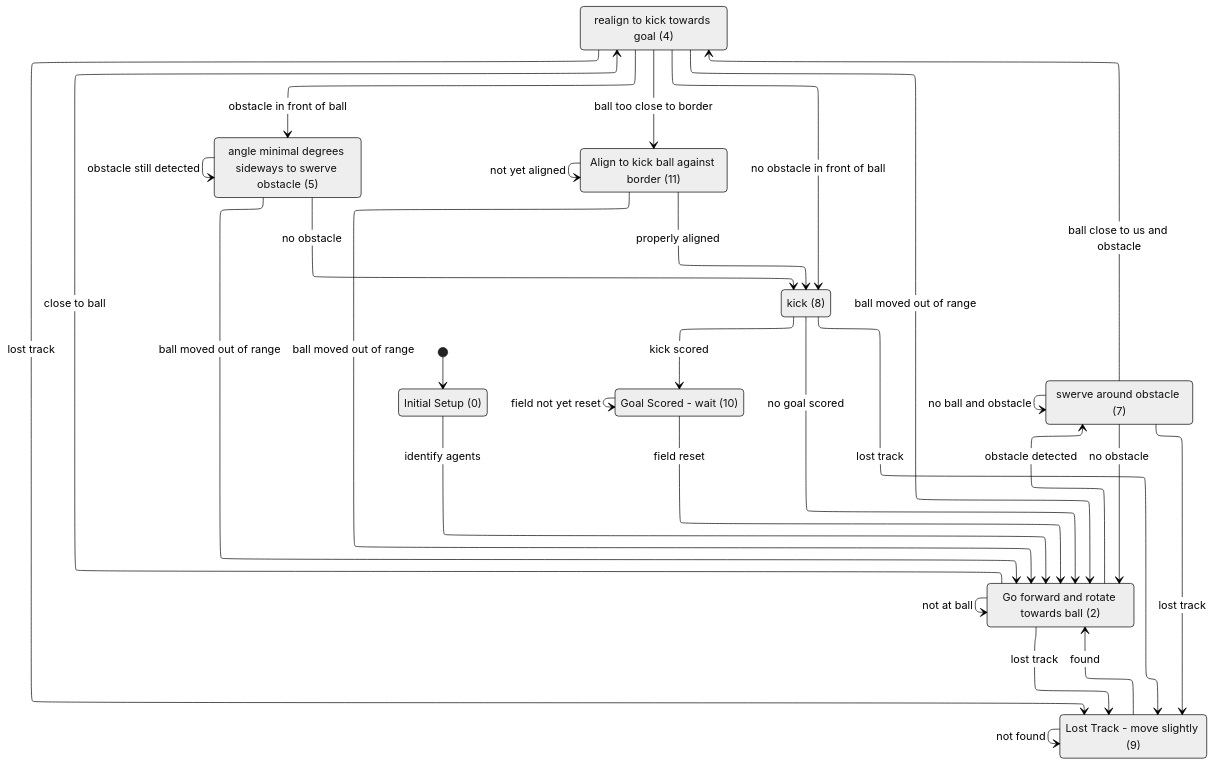
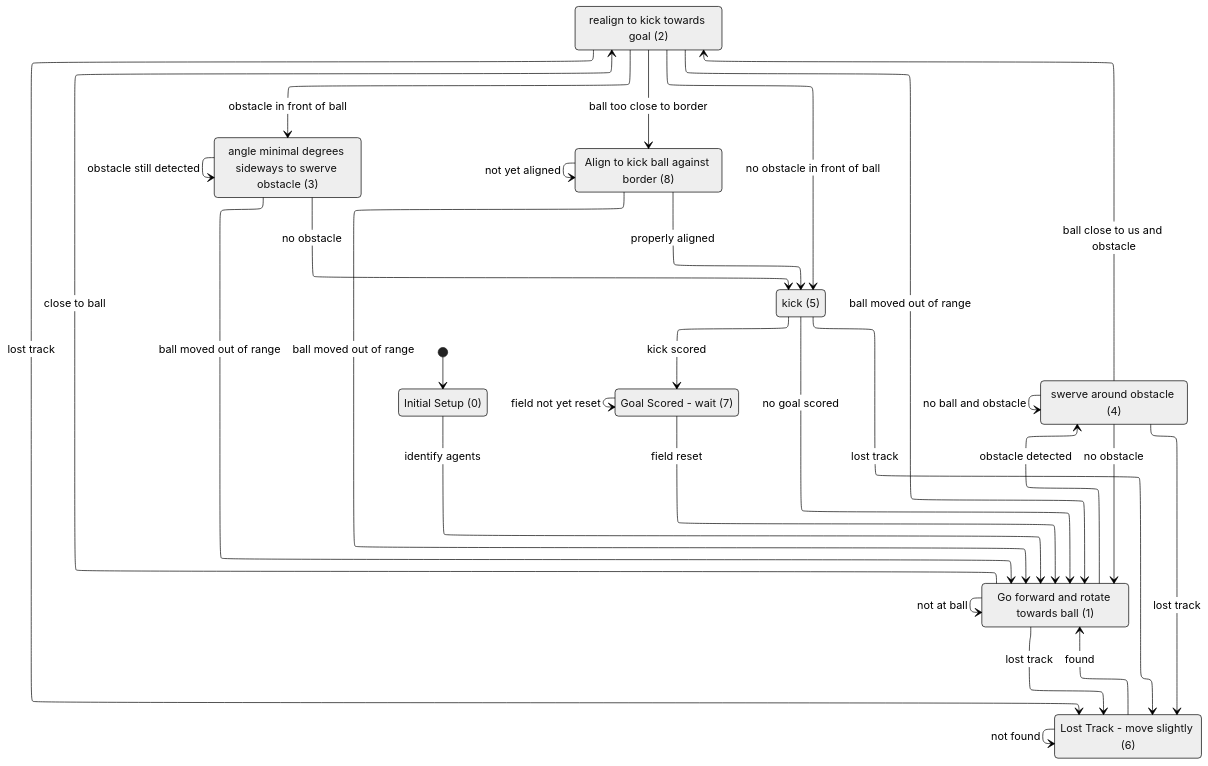
The diagram in FSM diagrams/soccer-play.mmd (Wengxin04/CSC85-RoboSoccer), drawn with Mermaid (neutral theme) before and after one commit. The commit also changed 1 other file, not shown here.

Commit message:
edit FSM diagrams

```diff
--- a/FSM diagrams/soccer-play.mmd
+++ b/FSM diagrams/soccer-play.mmd
@@ -1,69 +1,69 @@
 ---
 config:
   layout: elk
 ---
 stateDiagram
     direction TB
 
     %% Define States
     state "Initial Setup (0)" as Init
-    state "Go forward and rotate towards ball (2)" as GoForwardRotate
+    state "Go forward and rotate towards ball (1)" as GoForwardRotate
     %% state "Go straight towards ball (3)" as GoStraight
-    state "realign to kick towards goal (4)" as RealignToKick
-    state "angle minimal degrees sideways to swerve obstacle (5)" as AngleSideways
+    state "realign to kick towards goal (2)" as RealignToKick
+    state "angle minimal degrees sideways to swerve obstacle (3)" as AngleSideways
     %%state "Go in front of ball (6)" as GoInFront
-    state "swerve around obstacle (7)" as Swerve
-    state "kick (8)" as Kick
-    state "Lost Track - move slightly (9)" as LostTrack 
-    state "Goal Scored - wait (10)" as GoalScored
-    state "Align to kick ball against border (11)" as AngleAgainstBorder
+    state "swerve around obstacle (4)" as Swerve
+    state "kick (5)" as Kick
+    state "Lost Track - move slightly (6)" as LostTrack 
+    state "Goal Scored - wait (7)" as GoalScored
+    state "Align to kick ball against border (8)" as AngleAgainstBorder
 
     %% Transitions
     [*] --> Init
     Init --> GoForwardRotate : identify agents
     
     GoForwardRotate --> LostTrack : lost track
     GoForwardRotate --> GoForwardRotate : not at ball
     GoForwardRotate --> Swerve: obstacle detected
     GoForwardRotate --> RealignToKick: close to ball
     %%GoForwardRotate --> GoStraight : ball closer to goal than robot
     %%GoForwardRotate --> GoInFront : ball further to goal than robot
     
     %%GoStraight --> LostTrack : lost track
     %%GoStraight --> GoForwardRotate : not at ball
     %%GoStraight --> RealignToKick : near the ball
     %%GoStraight --> Swerve : obstacle
     
     %%GoInFront --> LostTrack : lost track
     %%GoInFront --> GoForwardRotate : not at ball
     %%GoInFront --> RealignToKick : near the ball
     %%GoInFront --> Swerve : obstacle
     
     RealignToKick --> LostTrack : lost track
     RealignToKick --> AngleSideways : obstacle in front of ball
     RealignToKick --> Kick : no obstacle in front of ball
     RealignToKick --> AngleAgainstBorder: ball too close to border
     RealignToKick --> GoForwardRotate: ball moved out of range
     
     AngleSideways --> Kick : no obstacle
     AngleSideways --> AngleSideways : obstacle still detected
     AngleSideways --> GoForwardRotate: ball moved out of range
 
     AngleAgainstBorder --> Kick : properly aligned
     AngleAgainstBorder --> AngleAgainstBorder: not yet aligned
     AngleAgainstBorder --> GoForwardRotate: ball moved out of range
     
     Swerve --> LostTrack : lost track
     Swerve --> RealignToKick : ball close to us and obstacle
     Swerve --> GoForwardRotate : no obstacle
     Swerve --> Swerve : no ball and obstacle
     
     Kick --> GoalScored : kick scored
     Kick --> GoForwardRotate: no goal scored
     Kick --> LostTrack: lost track
 
     LostTrack --> LostTrack: not found
     LostTrack --> GoForwardRotate: found
 
     GoalScored --> GoalScored: field not yet reset
     GoalScored --> GoForwardRotate: field reset
```
